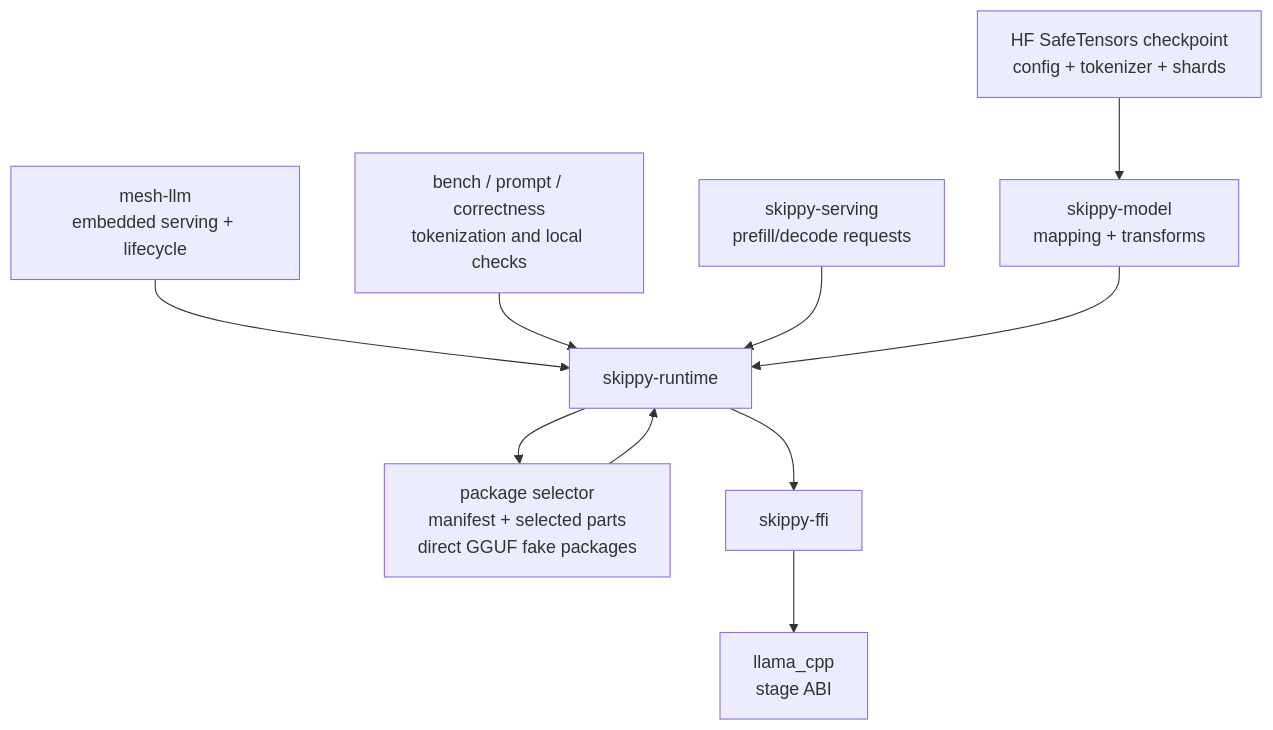
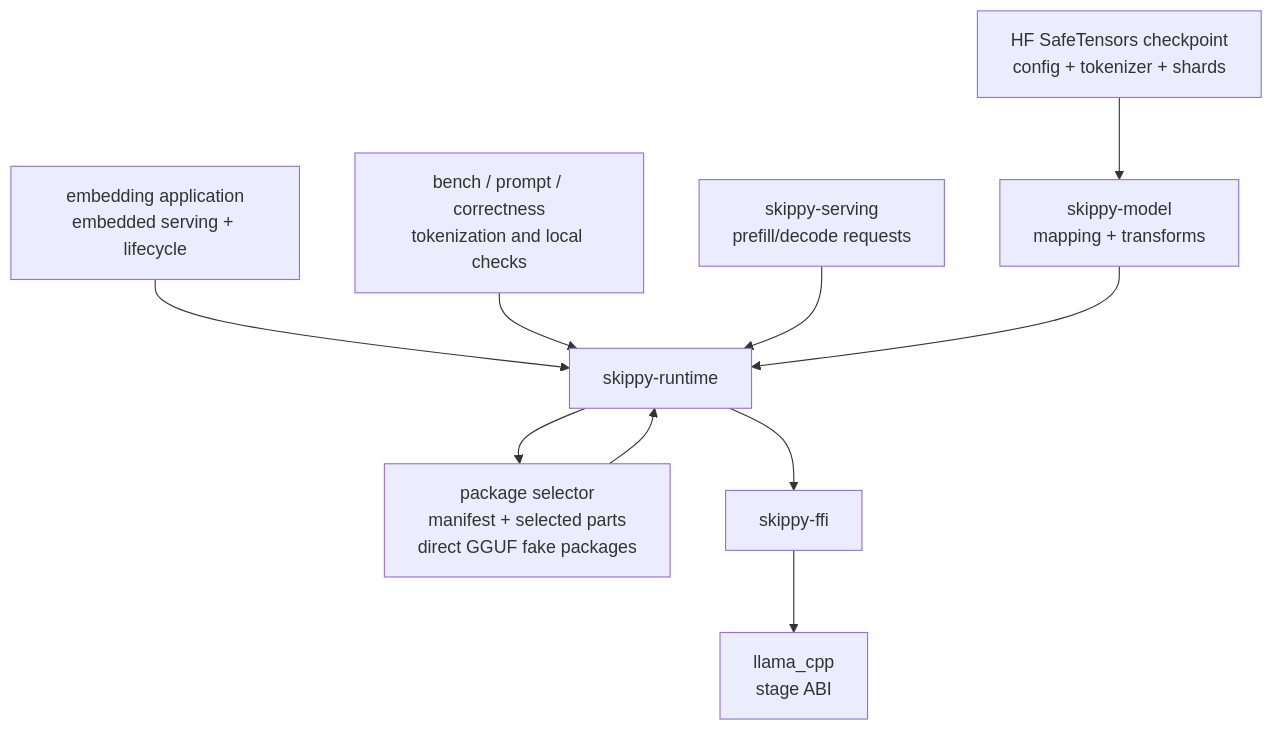
The diagram in crates/skippy-runtime/README.md (Mesh-LLM/skippy), drawn with Mermaid before and after one commit. The commit also changed other lines of this file and 463 other files, not shown here.

````diff
--- a/crates/skippy-runtime/README.md
+++ b/crates/skippy-runtime/README.md
@@ -14,12 +14,12 @@
 ```mermaid
 flowchart TB
-    Mesh["mesh-llm<br/>embedded serving + lifecycle"] --> R["skippy-runtime"]
+    Host["embedding application<br/>embedded serving + lifecycle"] --> R["skippy-runtime"]
     P["bench / prompt / correctness<br/>tokenization and local checks"] --> R
     S["skippy-serving<br/>prefill/decode requests"] --> R
     ST["HF SafeTensors checkpoint<br/>config + tokenizer + shards"] --> M["skippy-model<br/>mapping + transforms"]
     M --> R
     R --> PS["package selector<br/>manifest + selected parts<br/>direct GGUF fake packages"]
     PS --> R
     R --> F["skippy-ffi"]
     F --> L["llama_cpp<br/>stage ABI"]
 ```
````
